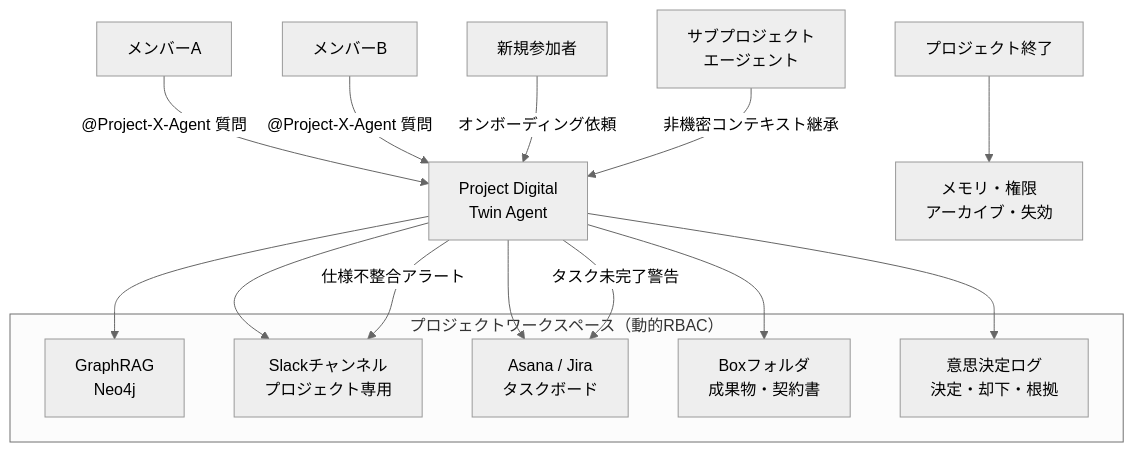
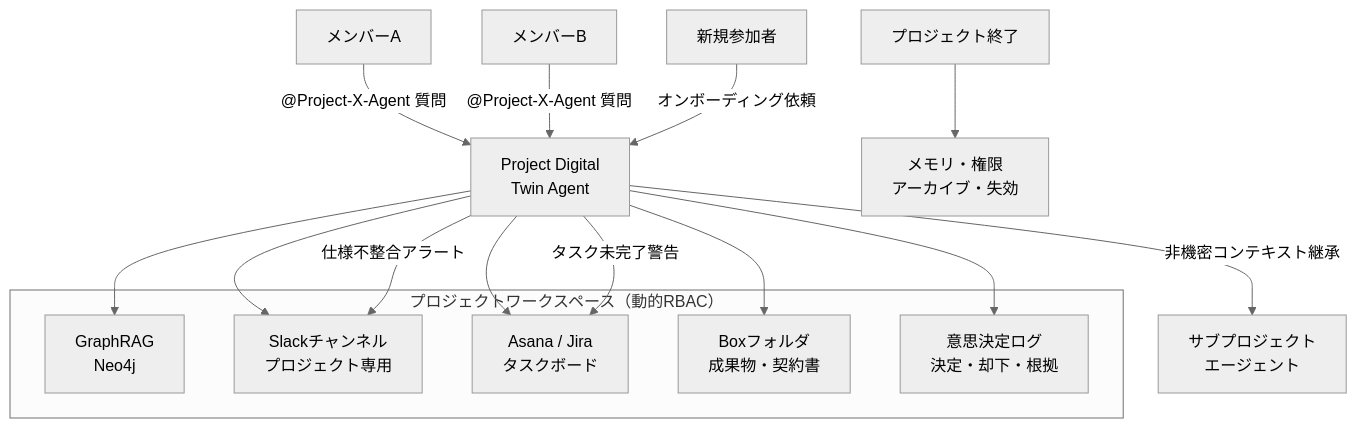
Before and after one commit to shibuiwilliam/enterprise-agent-reference-architectures: the diagram in docs/patterns/rt-runtime/rt11-project-digital-twin.md, drawn with Mermaid (neutral theme). The commit also changed other lines of this file and 52 other files, not shown here.

````diff
--- a/docs/patterns/rt-runtime/rt11-project-digital-twin.md
+++ b/docs/patterns/rt-runtime/rt11-project-digital-twin.md
@@ -27,27 +32,27 @@
 ```mermaid
 flowchart TD
     subgraph WS["プロジェクトワークスペース（動的RBAC）"]
-        GR[GraphRAG\nNeo4j]
-        SL[Slackチャンネル\nプロジェクト専用]
-        TK[Asana / Jira\nタスクボード]
-        BX[Boxフォルダ\n成果物・契約書]
-        DL[意思決定ログ\n決定・却下・根拠]
+        GR["GraphRAG<br/>Neo4j"]
+        SL["Slackチャンネル<br/>プロジェクト専用"]
+        TK["Asana / Jira<br/>タスクボード"]
+        BX["Boxフォルダ<br/>成果物・契約書"]
+        DL["意思決定ログ<br/>決定・却下・根拠"]
     end
 
-    M1[メンバーA] -- "@Project-X-Agent 質問" --> AG[Project Digital\nTwin Agent]
+    M1[メンバーA] -- "@Project-X-Agent 質問" --> AG["Project Digital<br/>Twin Agent"]
     M2[メンバーB] -- "@Project-X-Agent 質問" --> AG
     NM[新規参加者] -- "オンボーディング依頼" --> AG
 
     AG --> GR
     AG --> SL
     AG --> TK
     AG --> BX
     AG --> DL
 
     AG -- "仕様不整合アラート" --> SL
     AG -- "タスク未完了警告" --> TK
 
-    SUB[サブプロジェクト\nエージェント] -- "非機密コンテキスト継承" --> AG
+    AG -- "非機密コンテキスト継承" --> SUB["サブプロジェクト<br/>エージェント"]
 
-    END[プロジェクト終了] --> EXP[メモリ・権限\nアーカイブ・失効]
+    END[プロジェクト終了] --> EXP["メモリ・権限<br/>アーカイブ・失効"]
 ```
````
